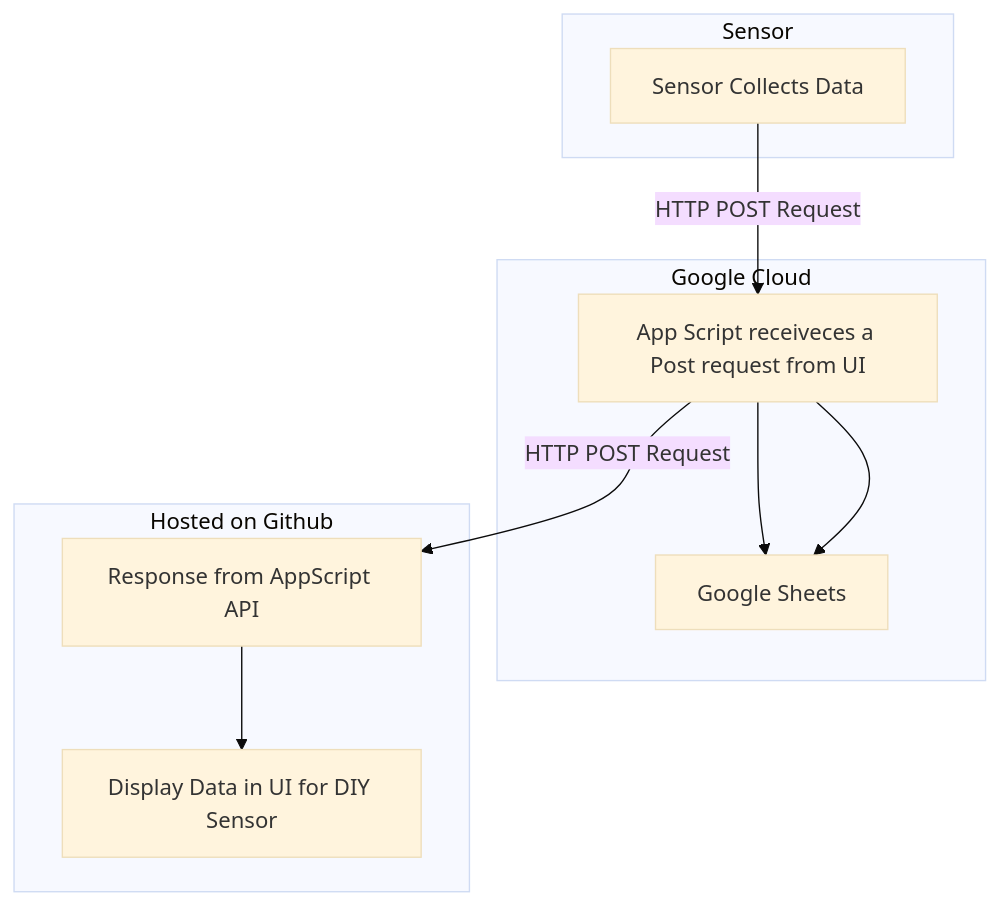
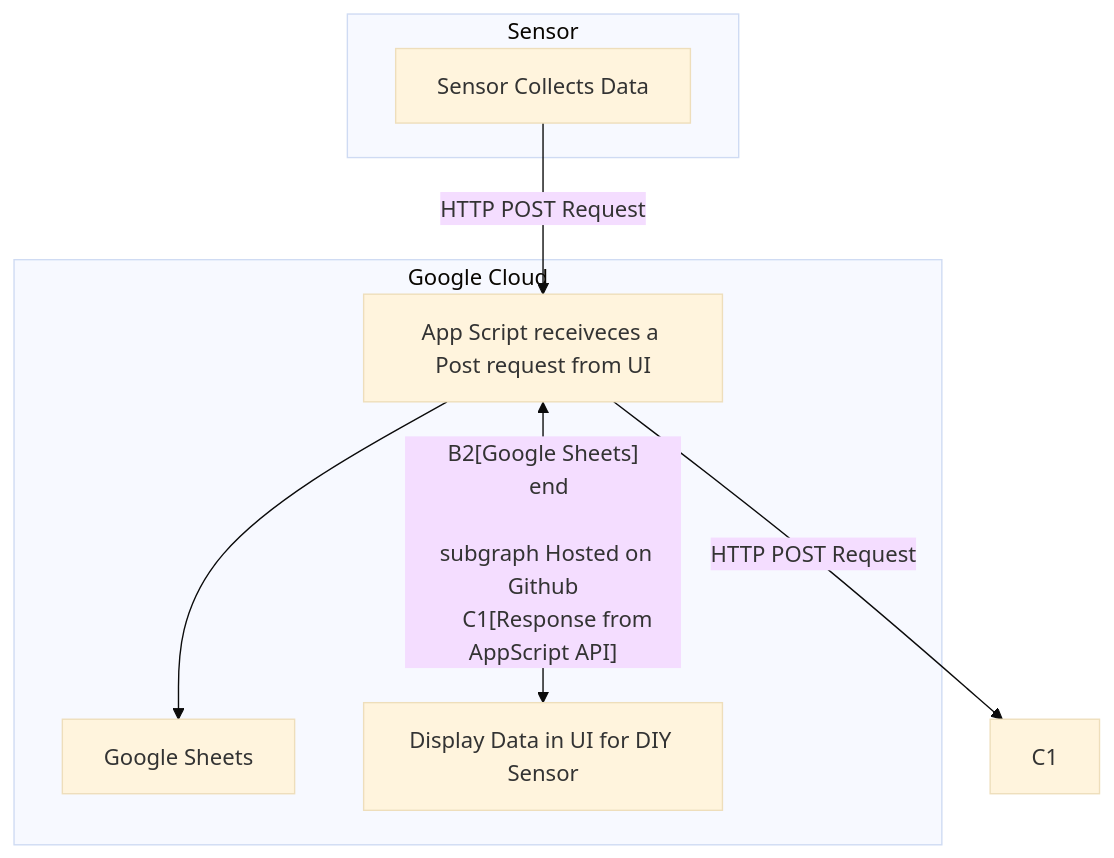
Before and after one commit to jonss0777/DIY_Sensor: the diagram in README.md, drawn with Mermaid (base theme).

````diff
--- a/README.md
+++ b/README.md
@@ -7,19 +7,19 @@
 ```mermaid
   flowchart TD
     subgraph Sensor
         A1[Sensor Collects Data]
     end
 
     subgraph Google Cloud
         B1[App Script receiveces a Post request from micro-controller] --> B2[Google Sheets]
-        B1[App Script receiveces a Post request from UI] --> B2[Google Sheets]
+        B1[App Script receiveces a Post request from UI] <-- B2[Google Sheets]
     end
 
     subgraph Hosted on Github
         C1[Response from AppScript API] --> C2[Display Data in UI for DIY Sensor]
     end
 
     A1 --> |HTTP POST Request|B1
     B1 --> |HTTP POST Request|C1
 
 ```
````
